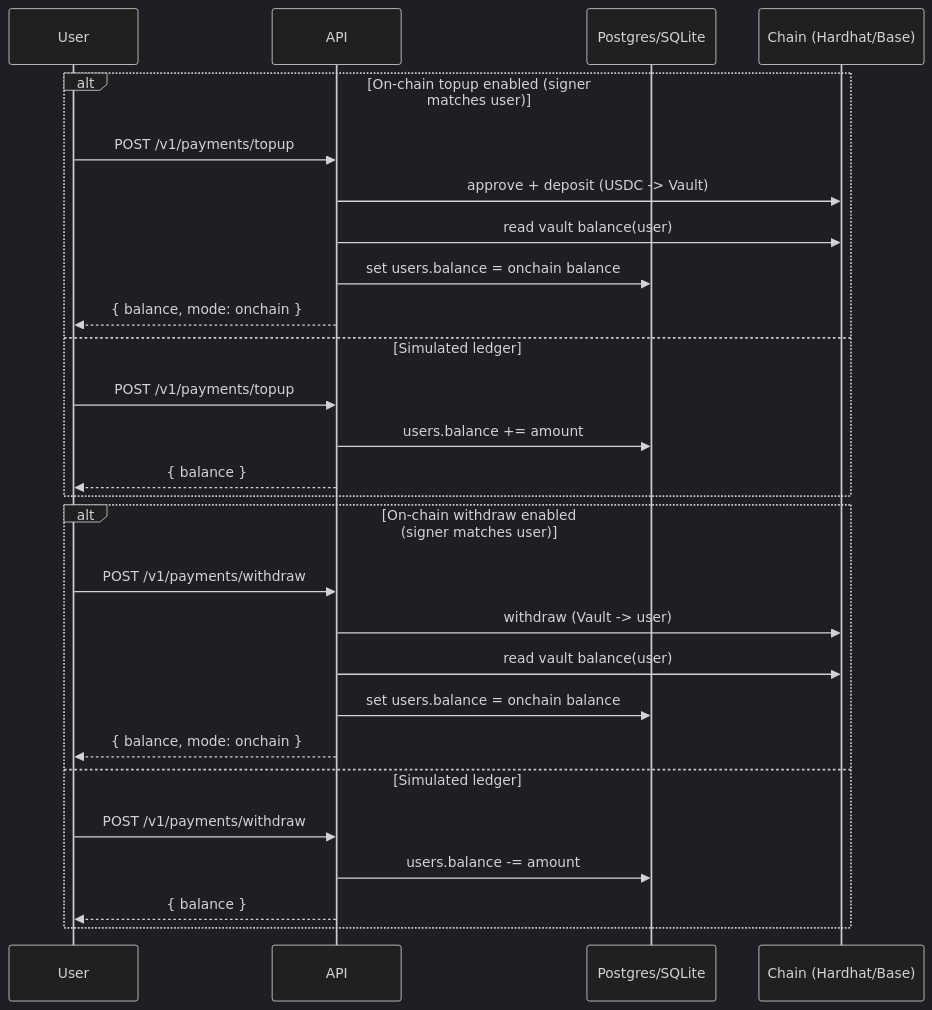
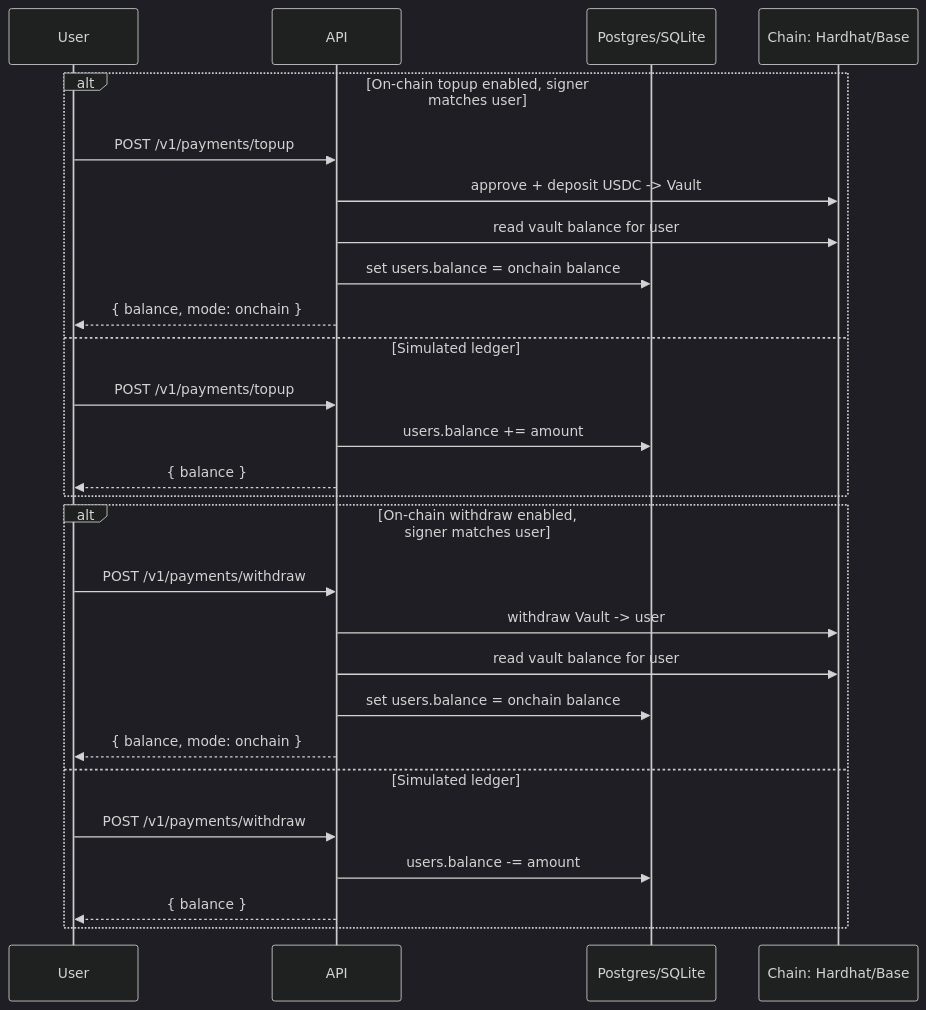
Before and after one commit to gary322/Multi-Messaging-Paid: the seventh of 14 diagrams in README.md, drawn with Mermaid (dark theme). The commit also changed other lines of this file, not shown here.

Commit message:
Docs: make all Mermaid diagrams GitHub-compatible

````diff
--- a/README.md
+++ b/README.md
@@ -305,31 +308,31 @@
 ```mermaid
 sequenceDiagram
   participant U as User
   participant A as API
   participant DB as Postgres/SQLite
-  participant C as Chain (Hardhat/Base)
+  participant C as Chain: Hardhat/Base
 
-  alt On-chain topup enabled (signer matches user)
+  alt On-chain topup enabled, signer matches user
     U->>A: POST /v1/payments/topup
-    A->>C: approve + deposit (USDC -> Vault)
-    A->>C: read vault balance(user)
+    A->>C: approve + deposit USDC -> Vault
+    A->>C: read vault balance for user
     A->>DB: set users.balance = onchain balance
     A-->>U: { balance, mode: onchain }
   else Simulated ledger
     U->>A: POST /v1/payments/topup
     A->>DB: users.balance += amount
     A-->>U: { balance }
   end
 
-  alt On-chain withdraw enabled (signer matches user)
+  alt On-chain withdraw enabled, signer matches user
     U->>A: POST /v1/payments/withdraw
-    A->>C: withdraw (Vault -> user)
-    A->>C: read vault balance(user)
+    A->>C: withdraw Vault -> user
+    A->>C: read vault balance for user
     A->>DB: set users.balance = onchain balance
     A-->>U: { balance, mode: onchain }
   else Simulated ledger
     U->>A: POST /v1/payments/withdraw
     A->>DB: users.balance -= amount
     A-->>U: { balance }
   end
 ```
````
